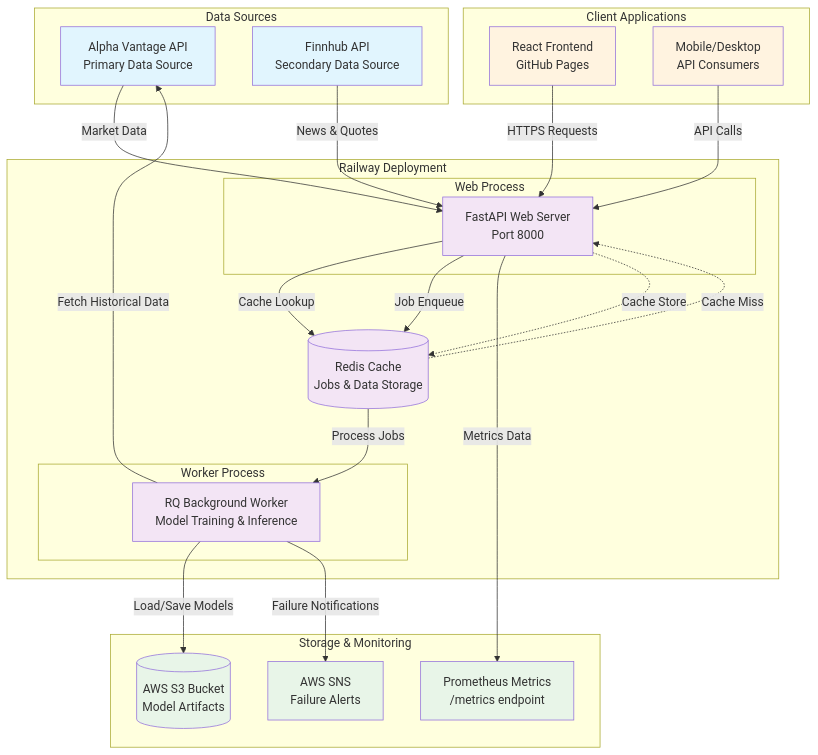
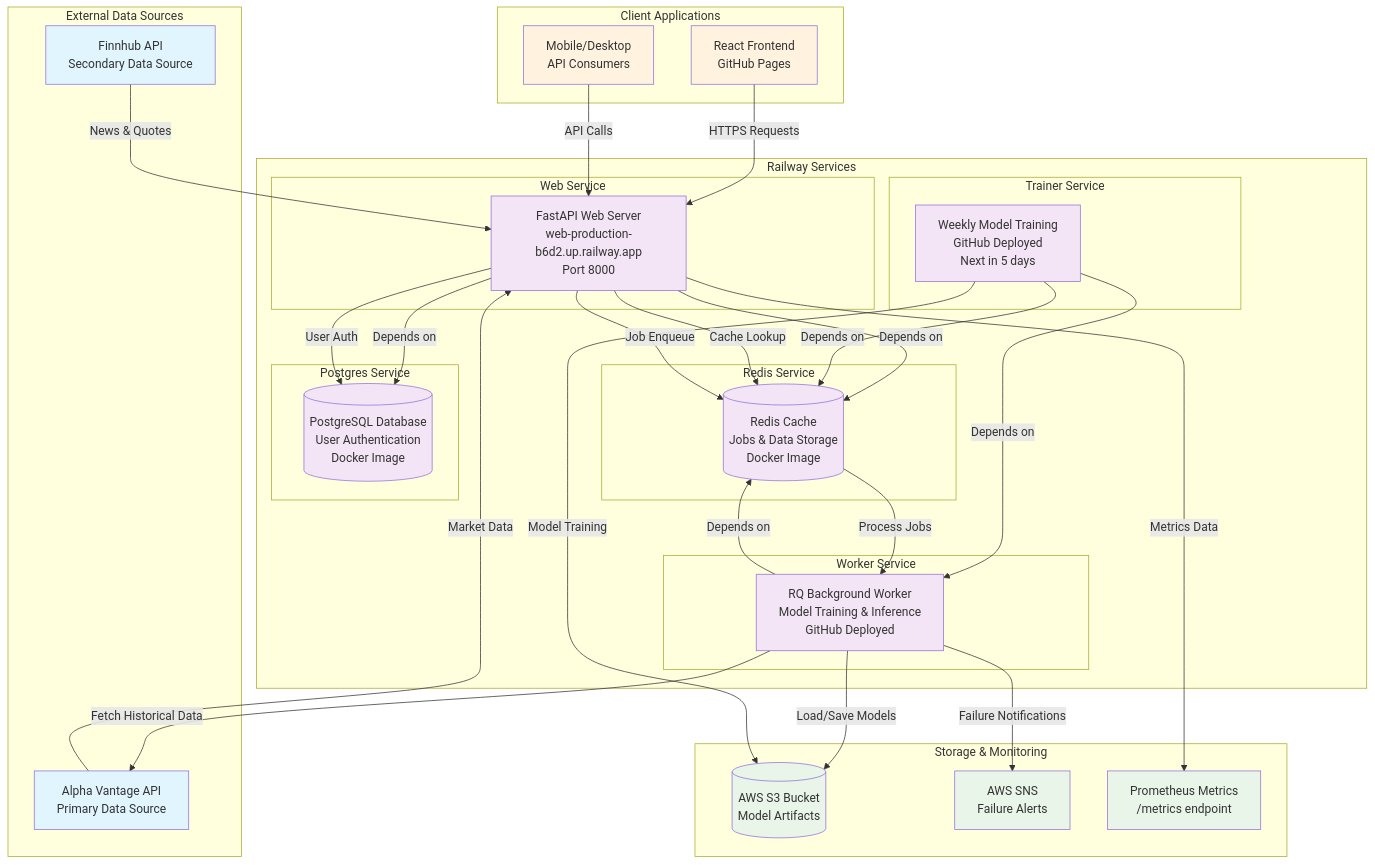
Before and after one commit to insdaguirre/Stock_Hub: the first of 2 diagrams in README.md, drawn with Mermaid. The commit also changed other lines of this file, not shown here.

First line of the commit message:
Update README with comprehensive Railway architecture documentation

````diff
--- a/README.md
+++ b/README.md
@@ -42,60 +43,77 @@
 ```mermaid
 flowchart TD
-    subgraph "Data Sources"
+    subgraph "Railway Services"
+        subgraph "Web Service"
+            WEB[FastAPI Web Server<br/>web-production-b6d2.up.railway.app<br/>Port 8000]
+        end
+        
+        subgraph "Worker Service"
+            WORKER[RQ Background Worker<br/>Model Training & Inference<br/>GitHub Deployed]
+        end
+        
+        subgraph "Trainer Service"
+            TRAINER[Weekly Model Training<br/>GitHub Deployed<br/>Next in 5 days]
+        end
+        
+        subgraph "Redis Service"
+            REDIS[(Redis Cache<br/>Jobs & Data Storage<br/>Docker Image)]
+        end
+        
+        subgraph "Postgres Service"
+            POSTGRES[(PostgreSQL Database<br/>User Authentication<br/>Docker Image)]
+        end
+    end
+    
+    subgraph "External Data Sources"
         AV[Alpha Vantage API<br/>Primary Data Source]
         FH[Finnhub API<br/>Secondary Data Source]
-    end
-    
-    subgraph "Railway Deployment"
-        subgraph "Web Process"
-            API[FastAPI Web Server<br/>Port 8000]
-        end
-        
-        subgraph "Worker Process"
-            WKR[RQ Background Worker<br/>Model Training & Inference]
-        end
-        
-        REDIS[(Redis Cache<br/>Jobs & Data Storage)]
     end
     
     subgraph "Storage & Monitoring"
         S3[(AWS S3 Bucket<br/>Model Artifacts)]
         SNS[AWS SNS<br/>Failure Alerts]
         PM[Prometheus Metrics<br/>/metrics endpoint]
     end
     
     subgraph "Client Applications"
         FE[React Frontend<br/>GitHub Pages]
         MOBILE[Mobile/Desktop<br/>API Consumers]
     end
     
+    %% Service Dependencies
+    WEB -->|Depends on| REDIS
+    WEB -->|Depends on| POSTGRES
+    WORKER -->|Depends on| REDIS
+    TRAINER -->|Depends on| REDIS
+    TRAINER -->|Depends on| WORKER
+    
     %% Data Flow
-    AV -->|Market Data| API
-    FH -->|News & Quotes| API
-    API -->|Cache Lookup| REDIS
-    API -->|Job Enqueue| REDIS
-    REDIS -->|Process Jobs| WKR
-    WKR -->|Fetch Historical Data| AV
-    WKR -->|Load/Save Models| S3
-    WKR -->|Failure Notifications| SNS
+    AV -->|Market Data| WEB
+    FH -->|News & Quotes| WEB
+    WEB -->|Cache Lookup| REDIS
+    WEB -->|Job Enqueue| REDIS
+    REDIS -->|Process Jobs| WORKER
+    WORKER -->|Fetch Historical Data| AV
+    WORKER -->|Load/Save Models| S3
+    WORKER -->|Failure Notifications| SNS
+    TRAINER -->|Model Training| S3
     
     %% Client Interactions
-    FE -->|HTTPS Requests| API
-    MOBILE -->|API Calls| API
-    API -->|Metrics Data| PM
+    FE -->|HTTPS Requests| WEB
+    MOBILE -->|API Calls| WEB
+    WEB -->|Metrics Data| PM
     
-    %% Caching
-    REDIS -.->|Cache Miss| API
-    API -.->|Cache Store| REDIS
+    %% Authentication
+    WEB -->|User Auth| POSTGRES
     
     %% Styling
-    classDef dataSource fill:#e1f5fe
     classDef railway fill:#f3e5f5
+    classDef external fill:#e1f5fe
     classDef storage fill:#e8f5e8
     classDef client fill:#fff3e0
     
-    class AV,FH dataSource
-    class API,WKR,REDIS railway
+    class WEB,WORKER,TRAINER,REDIS,POSTGRES railway
+    class AV,FH external
     class S3,SNS,PM storage
     class FE,MOBILE client
 ```
````
